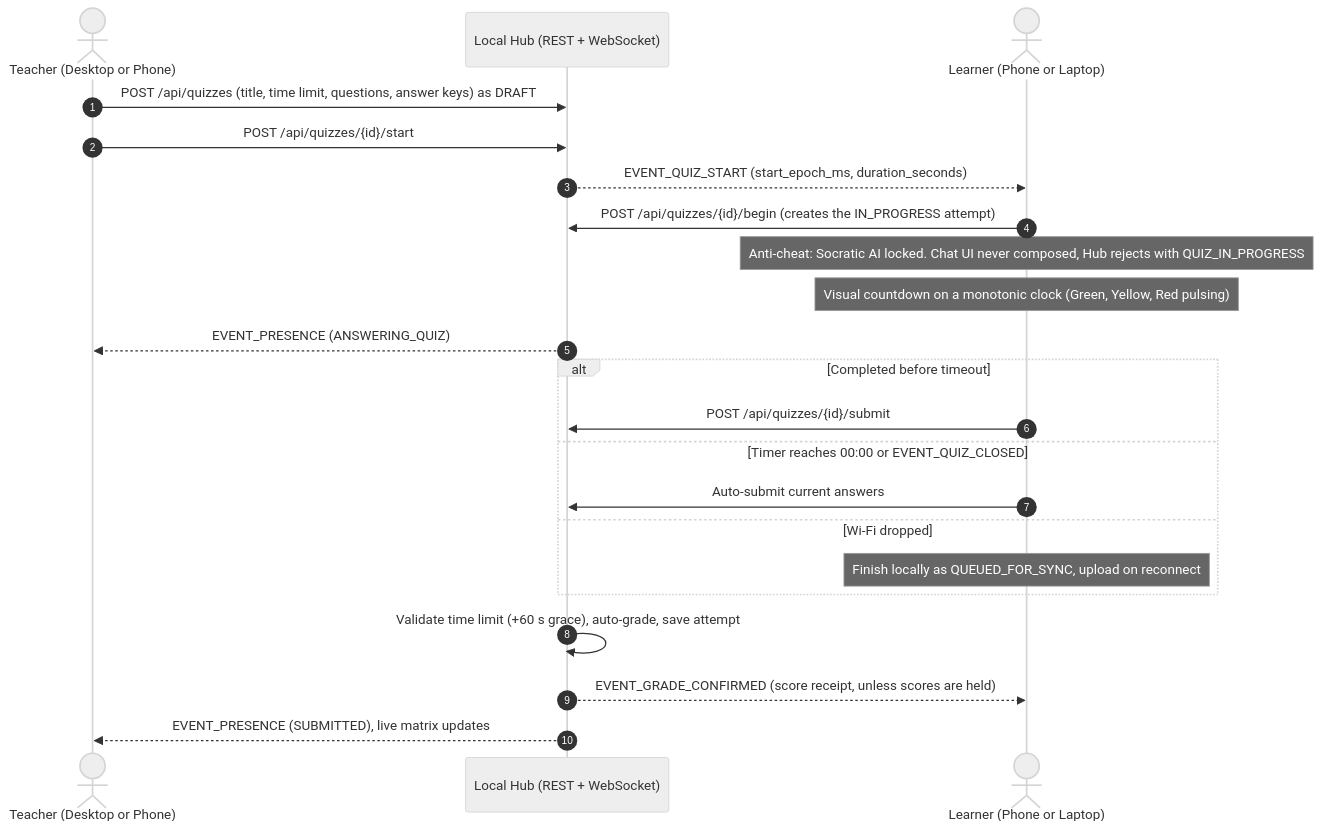
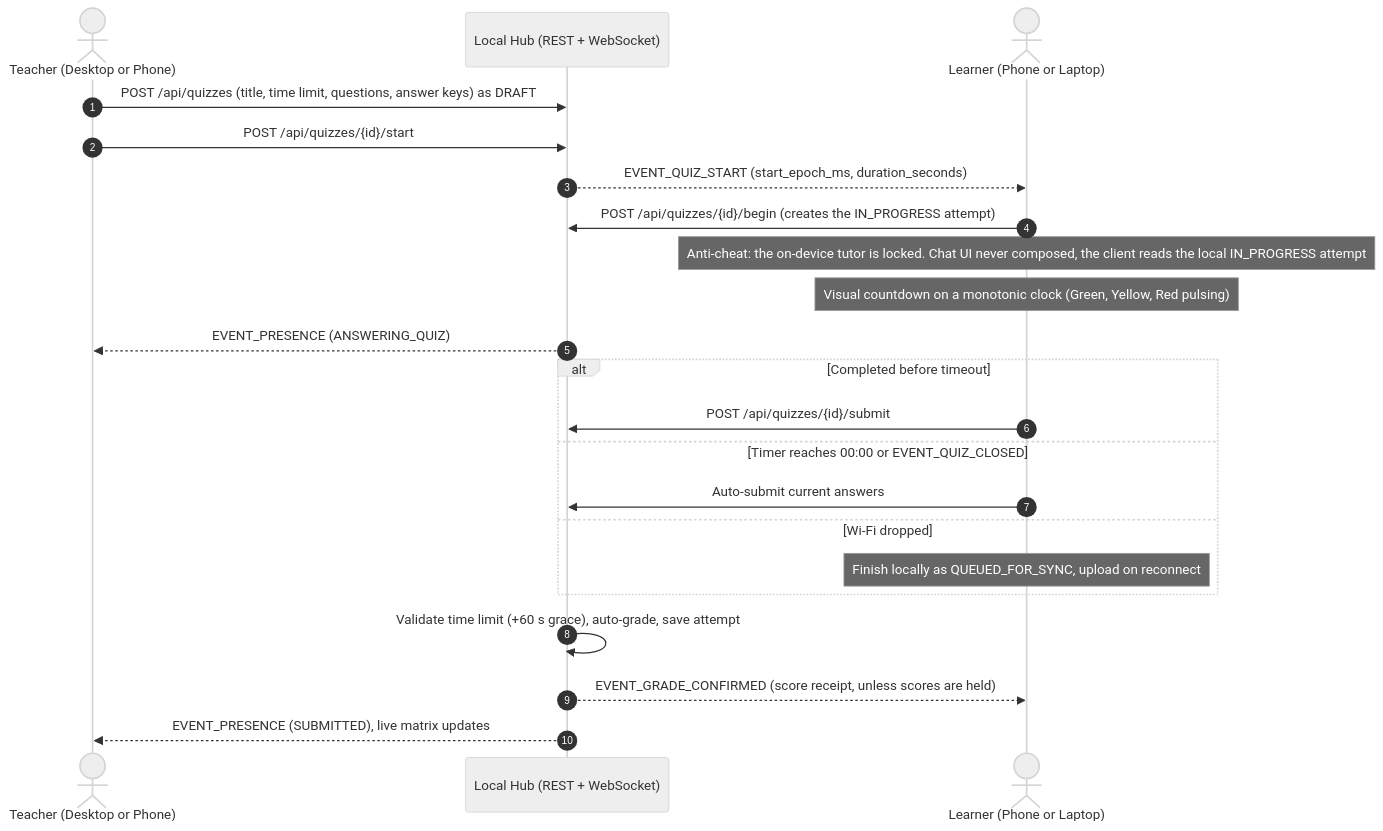
One commit to BootlegYouki/L.A.R.A changed the second of 5 diagrams in docs/PRD.md. Above: the diagram before and after it, drawn with Mermaid (neutral theme). The commit also changed other lines of this file and 30 other files, not shown here.

First line of the commit message:
contract: no AI on the Hub, the tutor runs on the device

````diff
--- a/docs/PRD.md
+++ b/docs/PRD.md
@@ -170,25 +176,25 @@
 ```mermaid
 sequenceDiagram
  autonumber
  actor Teacher as Teacher (Desktop or Phone)
  participant Hub as Local Hub (REST + WebSocket)
  actor Learner as Learner (Phone or Laptop)
 
  Teacher->>Hub: POST /api/quizzes (title, time limit, questions, answer keys) as DRAFT
  Teacher->>Hub: POST /api/quizzes/{id}/start
  Hub-->>Learner: EVENT_QUIZ_START (start_epoch_ms, duration_seconds)
  Learner->>Hub: POST /api/quizzes/{id}/begin (creates the IN_PROGRESS attempt)
- Note over Learner: Anti-cheat: Socratic AI locked. Chat UI never composed, Hub rejects with QUIZ_IN_PROGRESS
+ Note over Learner: Anti-cheat: the on-device tutor is locked. Chat UI never composed, the client reads the local IN_PROGRESS attempt
  Note over Learner: Visual countdown on a monotonic clock (Green, Yellow, Red pulsing)
  Hub-->>Teacher: EVENT_PRESENCE (ANSWERING_QUIZ)
  alt Completed before timeout
  Learner->>Hub: POST /api/quizzes/{id}/submit
  else Timer reaches 00:00 or EVENT_QUIZ_CLOSED
  Learner->>Hub: Auto-submit current answers
  else Wi-Fi dropped
  Note over Learner: Finish locally as QUEUED_FOR_SYNC, upload on reconnect
  end
  Hub->>Hub: Validate time limit (+60 s grace), auto-grade, save attempt
  Hub-->>Learner: EVENT_GRADE_CONFIRMED (score receipt, unless scores are held)
  Hub-->>Teacher: EVENT_PRESENCE (SUBMITTED), live matrix updates
 ```
````
